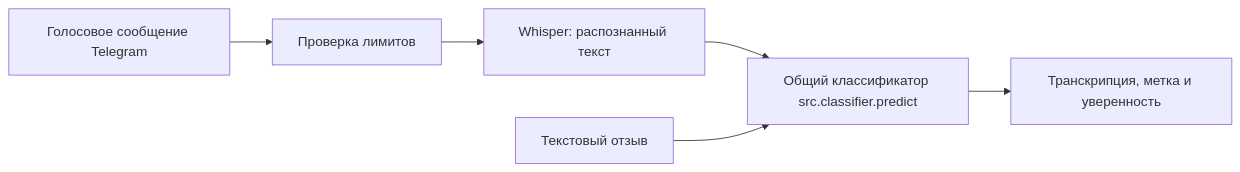
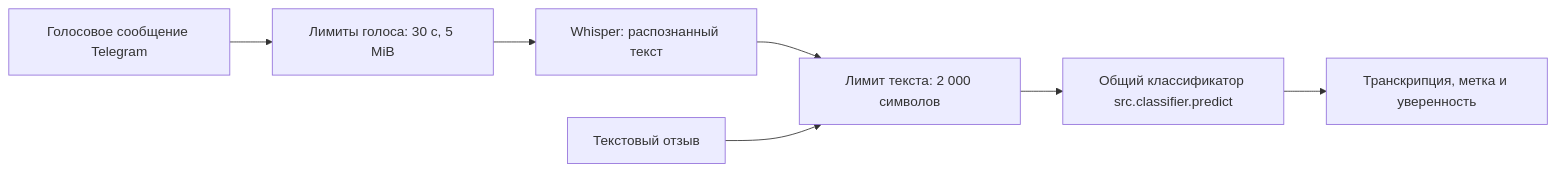
Before and after one commit to ksdergach/ru-review-sentiment-bot: the diagram in reports/final/report.md, drawn with Mermaid. The commit also changed other lines of this file and 2 other files, not shown here.

````diff
--- a/reports/final/report.md
+++ b/reports/final/report.md
@@ -100,8 +101,9 @@
 ```mermaid
 flowchart LR
-    A[Голосовое сообщение Telegram] --> B[Проверка лимитов]
+    A[Голосовое сообщение Telegram] --> B[Лимиты голоса: 30 с, 5 MiB]
     B --> C[Whisper: распознанный текст]
-    C --> D[Общий классификатор src.classifier.predict]
-    T[Текстовый отзыв] --> D
+    C --> L[Лимит текста: 2 000 символов]
+    T[Текстовый отзыв] --> L
+    L --> D[Общий классификатор src.classifier.predict]
     D --> E[Транскрипция, метка и уверенность]
 ```
````
